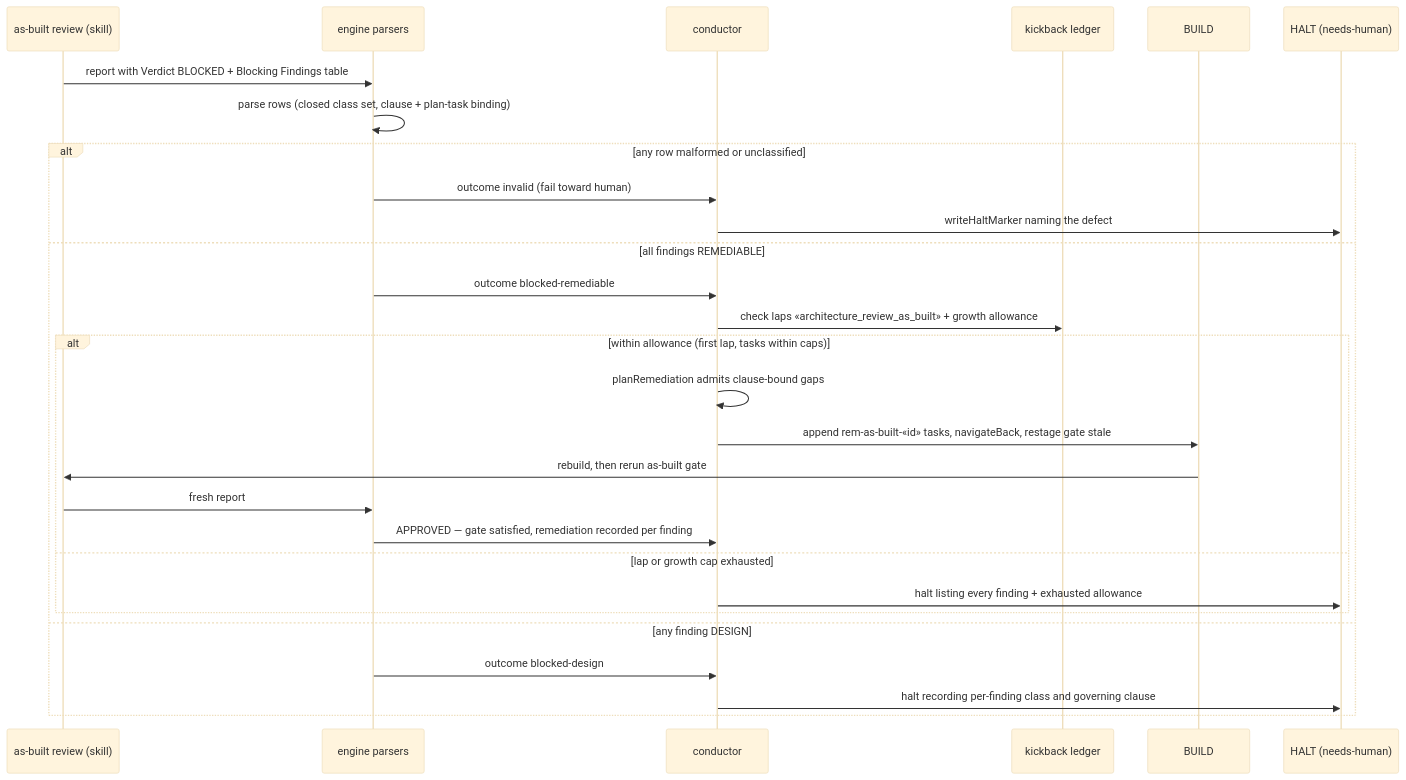
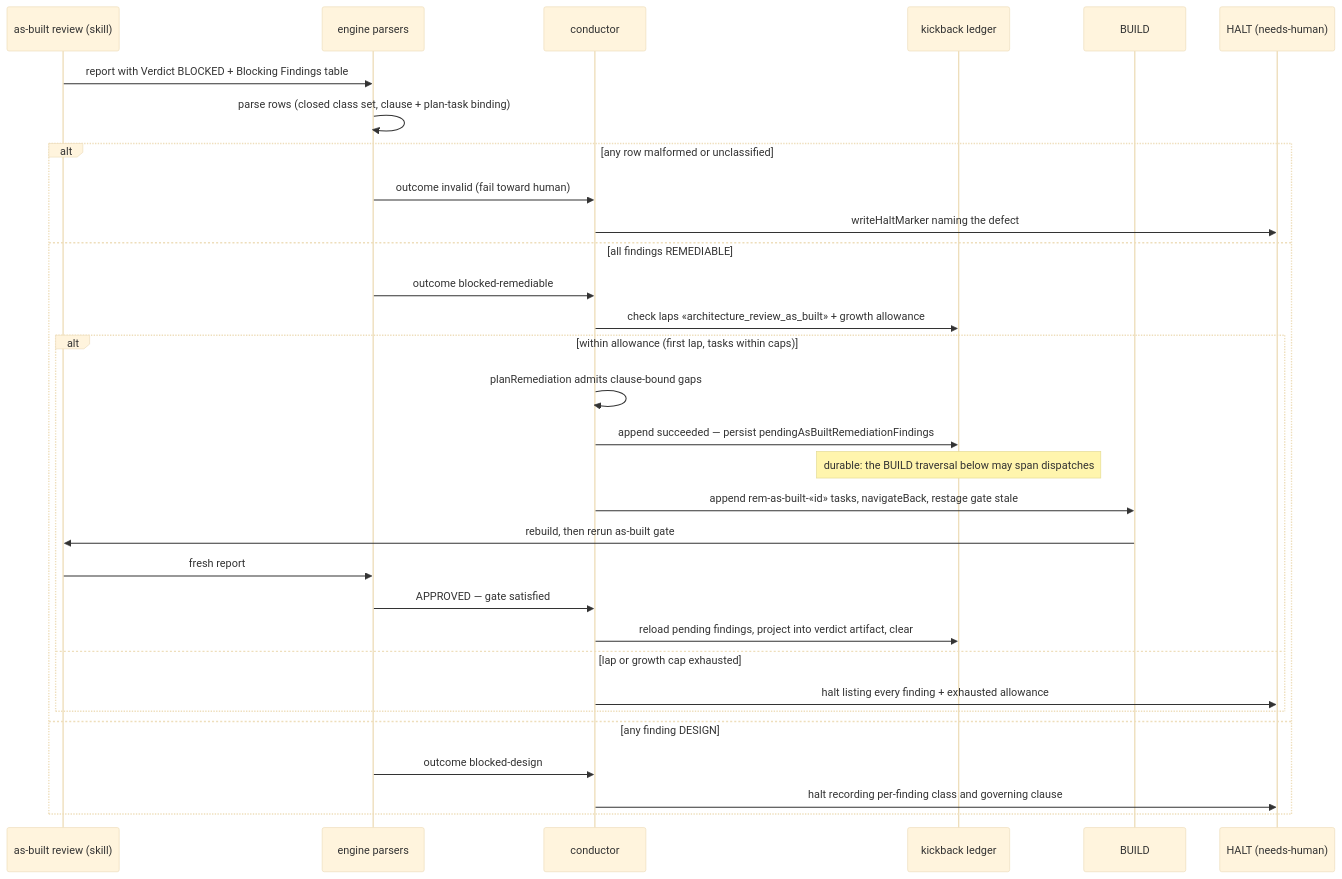
The diagram in .docs/architecture/sequences/every-as-built-blocked-verdict-halts-needs-human-i.md (jstoup111/ai-conductor), drawn with Mermaid (base theme) before and after one commit. The commit also changed other lines of this file and 2 other files, not shown here.

Commit message:
docs(adr): approve cross-restart pending-finding durability (D7)
Resolves as-built finding AB-D1. The build persisted the pending
remediation set as an optional pendingAsBuiltRemediationFindings array on
the version-1 kickback ledger, which the ADR's "no new ledger schema"
consequence bullet did not cover.

The durability is required: the per-finding record decision 6 promises can
only be written after the rebuilt gate passes, and the BUILD traversal
between those two moments routinely spans dispatches in daemon mode, where
an in-memory map would be lost.

Adds decision 7 with the binding constraints the shipped code already
meets (optional field, fail-closed validation, no version bump, written
only on a successful append, cleared by the projecting step), corrects the
consequence bullet, records the new negative, and adds the field and its
project-then-clear edge to the component and sequence diagrams.

Operator decision by James Stoup, 2026-08-26.

````diff
--- a/.docs/architecture/sequences/every-as-built-blocked-verdict-halts-needs-human-i.md
+++ b/.docs/architecture/sequences/every-as-built-blocked-verdict-halts-needs-human-i.md
@@ -9,31 +9,34 @@
 ```mermaid
 sequenceDiagram
     participant AR as as-built review (skill)
     participant P as engine parsers
     participant C as conductor
     participant L as kickback ledger
     participant B as BUILD
     participant H as HALT (needs-human)
 
     AR->>P: report with Verdict BLOCKED + Blocking Findings table
     P->>P: parse rows (closed class set, clause + plan-task binding)
     alt any row malformed or unclassified
         P->>C: outcome invalid (fail toward human)
         C->>H: writeHaltMarker naming the defect
     else all findings REMEDIABLE
         P->>C: outcome blocked-remediable
         C->>L: check laps «architecture_review_as_built» + growth allowance
         alt within allowance (first lap, tasks within caps)
             C->>C: planRemediation admits clause-bound gaps
+            C->>L: append succeeded — persist pendingAsBuiltRemediationFindings
+            Note over L: durable: the BUILD traversal below may span dispatches
             C->>B: append rem-as-built-«id» tasks, navigateBack, restage gate stale
             B->>AR: rebuild, then rerun as-built gate
             AR->>P: fresh report
-            P->>C: APPROVED — gate satisfied, remediation recorded per finding
+            P->>C: APPROVED — gate satisfied
+            C->>L: reload pending findings, project into verdict artifact, clear
         else lap or growth cap exhausted
             C->>H: halt listing every finding + exhausted allowance
         end
     else any finding DESIGN
         P->>C: outcome blocked-design
         C->>H: halt recording per-finding class and governing clause
     end
 ```
````
